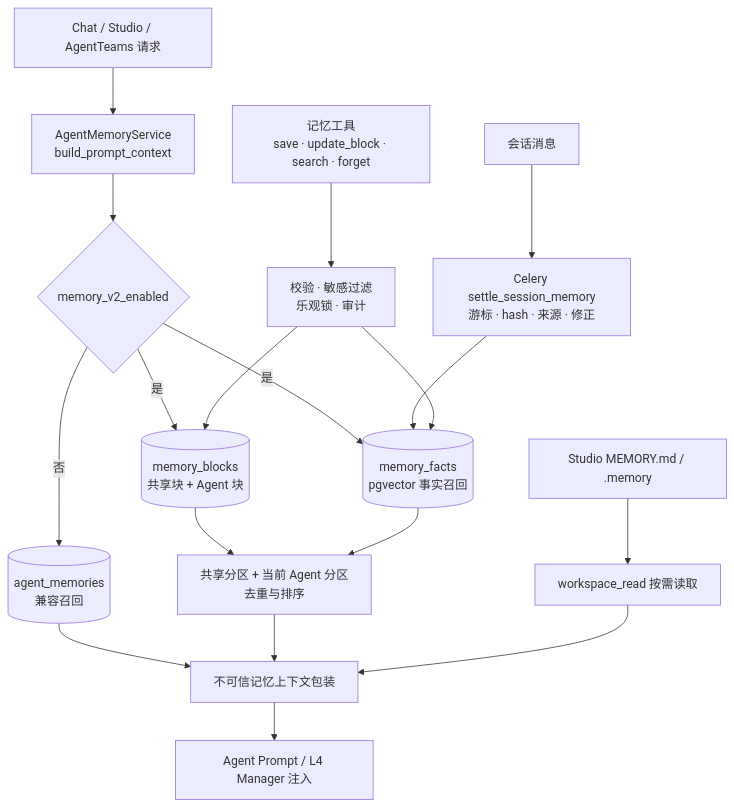
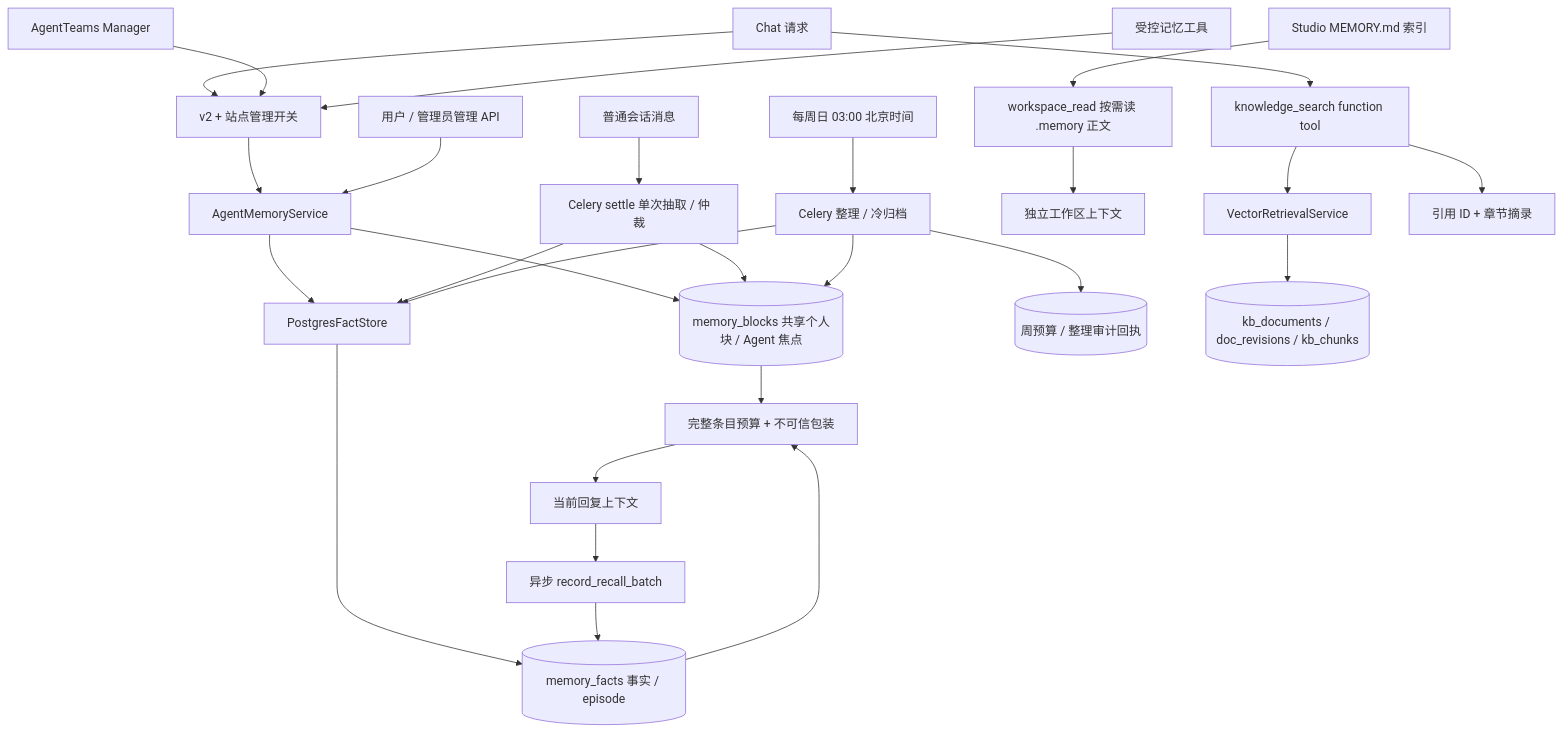
One commit to CygnusX-Labs/CygnusX changed the first of 2 diagrams in ARCHITECTURE_DESIGN/CygnusX_memory_architecture.md. Above: the diagram before and after it, drawn with Mermaid. The commit also changed other lines of this file and 76 other files, not shown here.

````diff
--- a/ARCHITECTURE_DESIGN/CygnusX_memory_architecture.md
+++ b/ARCHITECTURE_DESIGN/CygnusX_memory_architecture.md
@@ -19,20 +50,29 @@
 ```mermaid
 flowchart TB
-    Message[Chat / Studio / AgentTeams 请求] --> Read[AgentMemoryService\nbuild_prompt_context]
-    Read --> Switch{memory_v2_enabled}
-    Switch -->|否| Legacy[(agent_memories\n兼容召回)]
-    Switch -->|是| Blocks[(memory_blocks\n共享块 + Agent 块)]
-    Switch -->|是| Facts[(memory_facts\npgvector 事实召回)]
-    Legacy --> Prompt[不可信记忆上下文包装]
-    Blocks --> Merge[共享分区 + 当前 Agent 分区\n去重与排序]
-    Facts --> Merge
-    Merge --> Prompt
-    Prompt --> Runtime[Agent Prompt / L4 Manager 注入]
-    Session[会话消息] --> Settle[Celery settle_session_memory\n游标 · hash · 来源 · 修正]
-    Settle --> Facts
-    Tools[记忆工具\nsave · update_block · search · forget] --> Validate[校验 · 敏感过滤\n乐观锁 · 审计]
-    Validate --> Blocks
-    Validate --> Facts
-    Studio[Studio MEMORY.md / .memory] --> Workspace[workspace_read 按需读取]
-    Workspace --> Prompt
+    Chat[Chat 请求] --> Gate[v2 + 站点管理开关]
+    L4[AgentTeams Manager] --> Gate
+    Tool[受控记忆工具] --> Gate
+    Gate --> Service[AgentMemoryService]
+    Service --> Blocks[(memory_blocks 共享个人块 / Agent 焦点)]
+    Service --> Store[PostgresFactStore]
+    Store --> Facts[(memory_facts 事实 / episode)]
+    Blocks --> Context[完整条目预算 + 不可信包装]
+    Facts --> Context
+    Context --> Runtime[当前回复上下文]
+    Runtime --> Recall[异步 record_recall_batch]
+    Recall --> Facts
+    Messages[普通会话消息] --> Settle[Celery settle 单次抽取 / 仲裁]
+    Settle --> Blocks
+    Settle --> Store
+    Beat[每周日 03:00 北京时间] --> Consolidate[Celery 整理 / 冷归档]
+    Consolidate --> Blocks
+    Consolidate --> Store
+    Consolidate --> Ledger[(周预算 / 整理审计回执)]
+    REST[用户 / 管理员管理 API] --> Service
+    Studio[Studio MEMORY.md 索引] --> Read[workspace_read 按需读 .memory 正文]
+    Read --> StudioContext[独立工作区上下文]
+    Chat --> KBTool[knowledge_search function tool]
+    KBTool --> KBRetrieval[VectorRetrievalService]
+    KBRetrieval --> KB[(kb_documents / doc_revisions / kb_chunks)]
+    KBTool --> Citation[引用 ID + 章节摘录]
 ```
````
